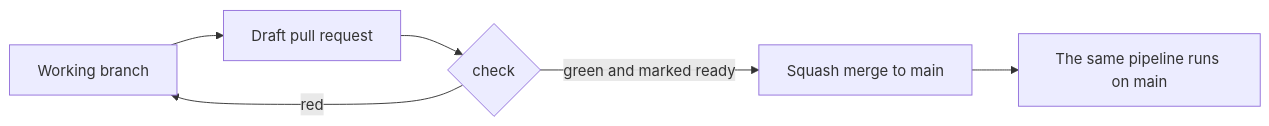
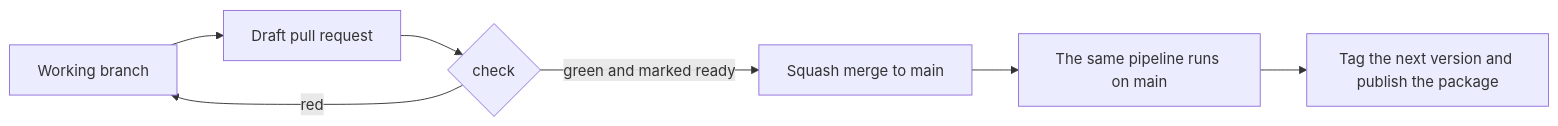
The diagram in docs/cloud-first-deploy.md (zigordev/platform), drawn with Mermaid before and after one commit. The commit also changed other lines of this file and 8 other files, not shown here.

First line of the commit message:
ci: add the release that will publish the stack package (#7)

````diff
--- a/docs/cloud-first-deploy.md
+++ b/docs/cloud-first-deploy.md
@@ -16,8 +16,9 @@
 ```mermaid
 flowchart LR
   branch["Working branch"] --> draft["Draft pull request"]
   draft --> check{check}
   check -->|red| branch
   check -->|green and marked ready| merge["Squash merge to main"]
   merge --> run["The same pipeline runs on main"]
+  run --> release["Tag the next version and publish the package"]
 ```
````
